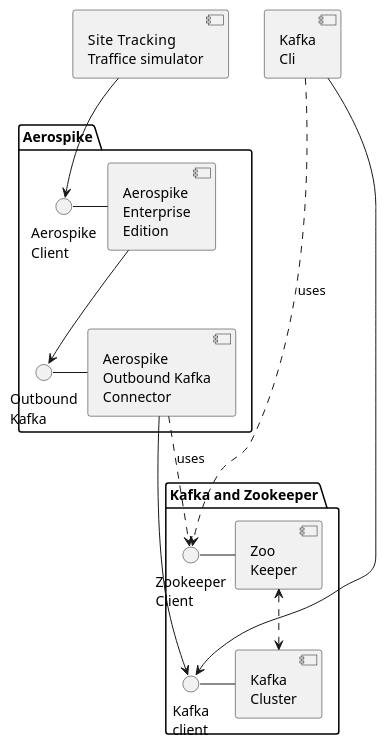
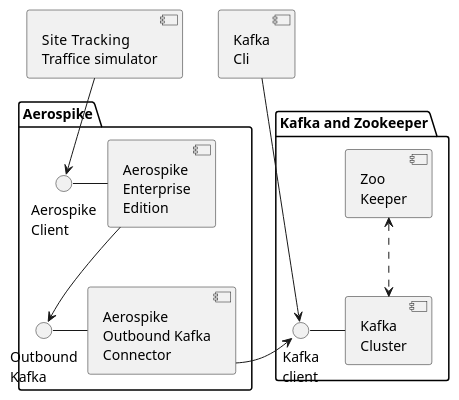
One commit to helipilot50/aerospike-and-kafka changed the diagram in assets/component-diagram.puml. Above: the diagram before and after it, drawn with PlantUML. The commit also changed 3 other files, not shown here.

```diff
--- a/assets/component-diagram.puml
+++ b/assets/component-diagram.puml
@@ -1,38 +1,34 @@
 @startuml
 
 'left to right direction
 together {
 component [Kafka\nCli] as kafCli
 component [Site  Tracking\nTraffice simulator] as traffic
 }
 
 package "Aerospike" {
 () "Aerospike\nClient" as asClient
 component [Aerospike\nEnterprise\nEdition] as asee
 asClient - asee
 
 () "Outbound\nKafka" as asOutbound
 component [Aerospike\nOutbound Kafka\nConnector] as asKafka
 asOutbound - asKafka
 }
 package "Kafka and Zookeeper" {
 () "Kafka\nclient" as kafClient
 component [Kafka\nCluster] as kafCluster
 kafClient - kafCluster
 
-() "Zookeeper\nClient" as zooClient
 component [Zoo\nKeeper] as zookeeper
-zooClient - zookeeper
 }
 
 traffic --> asClient
 
 asee --> asOutbound
-asKafka ..> zooClient: uses
 zookeeper <..> kafCluster
 
-asKafka --> kafClient
+asKafka -r-> kafClient
 
-kafCli .d.> zooClient: uses
-kafCli -d-> kafClient
+kafCli --> kafClient
 @enduml
```
